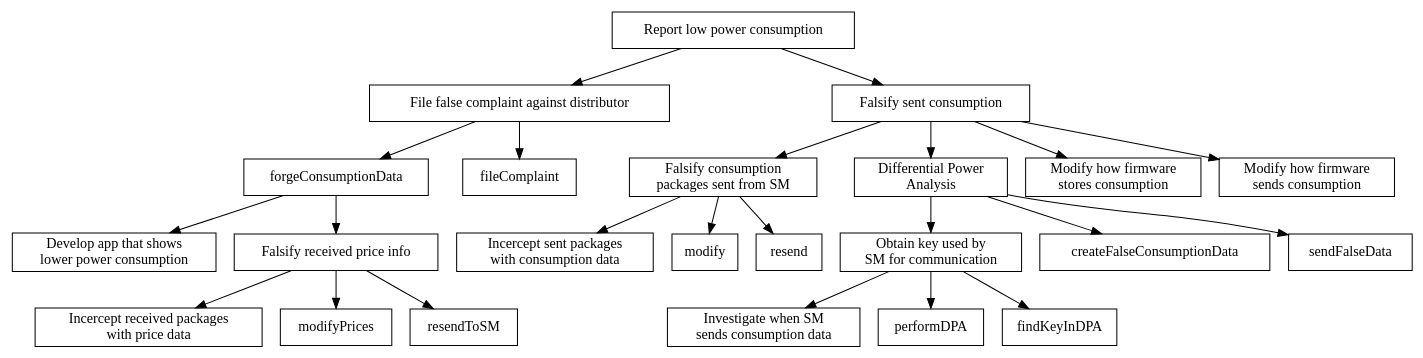
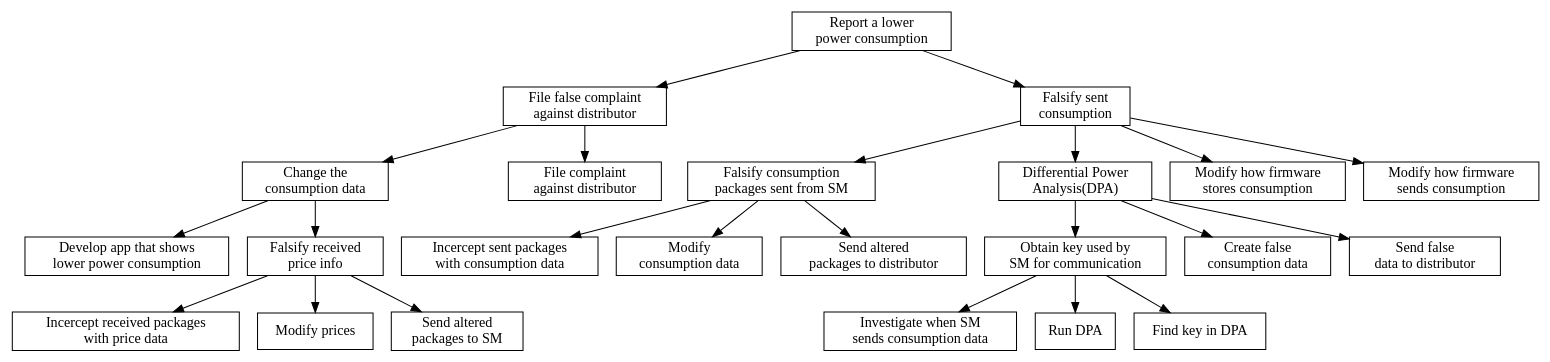
Before and after one commit to des904e15/report: the diagram in figures/graphviz/consumer.dot, drawn with Graphviz.

Commit message:
Added sentences. #58

```diff
--- a/figures/graphviz/consumer.dot
+++ b/figures/graphviz/consumer.dot
@@ -1,62 +1,72 @@
 digraph G {
 
 // graph[ center=true, margin=0.2, nodesep=0.1, ranksep=0.3];
 node[ shape=rectangle];
 
-root [label="Report low power consumption", shape=OR];
-complaint [label="File false complaint against distributor",shape=AND];
-falsify [label="Falsify sent consumption",shape=OR];
+root [label="Report a lower \npower consumption", shape=OR];
+complaint [label="File false complaint \nagainst distributor",shape=AND];
+falsify [label="Falsify sent \nconsumption",shape=OR];
 
 
 
 //COMPLAINT SUBTREE
 root -> complaint;
 
 forgeConsumptionData[shape=OR];
+forgeConsumptionData[label="Change the \nconsumption data"];
 complaint -> forgeConsumptionData
+fileComplaint[label="File complaint \nagainst distributor"]
 complaint -> fileComplaint
 
 app[label="Develop app that shows \nlower power consumption"];
 forgeConsumptionData ->  app;
 
-falsifyReceived[label="Falsify received price info",shape=AND];
+falsifyReceived[label="Falsify received \nprice info",shape=AND];
 forgeConsumptionData -> falsifyReceived;
 interceptReceived[label="Incercept received packages \nwith price data"];
+modifyPrices[label="Modify prices"];
+resendToSM[label="Send altered \npackages to SM"];
 falsifyReceived -> interceptReceived;
 falsifyReceived -> modifyPrices;
 falsifyReceived -> resendToSM;
 
 
 //FALSIFY SUBTREE
 root -> falsify;
 
 package[label="Falsify consumption \npackages sent from SM",shape=AND];
 falsify ->	package;
 intercept[label="Incercept sent packages \nwith consumption data"];
+modify[label="Modify \nconsumption data"];
+resend[label="Send altered \npackages to distributor"]
 package -> intercept;
 package -> modify;
 package -> resend;
 
-DPA[label="Differential Power \nAnalysis",shape=AND];
+DPA[label="Differential Power \nAnalysis(DPA)",shape=AND];
 falsify -> DPA;
 DPA -> obtainKey;
 whenSend[label="Investigate when SM \nsends consumption data"];
 obtainKey[label="Obtain key used by \nSM for communication",shape=AND];
 obtainKey -> whenSend;
+performDPA[label="Run DPA"]
 obtainKey -> performDPA;
+findKeyInDPA[label="Find key in DPA"];
 obtainKey -> findKeyInDPA;
+createFalseConsumptionData[label="Create false \nconsumption data"];
 DPA -> createFalseConsumptionData;
+sendFalseData[label="Send false \ndata to distributor"]
 DPA -> sendFalseData;
 
 ModifyFWstore[label="Modify how firmware \nstores consumption"];
 falsify -> ModifyFWstore;
 
 
 ModifyFWsend[label="Modify how firmware \nsends consumption"];
 falsify -> ModifyFWsend;
 
 
 
 
 
 }
```
